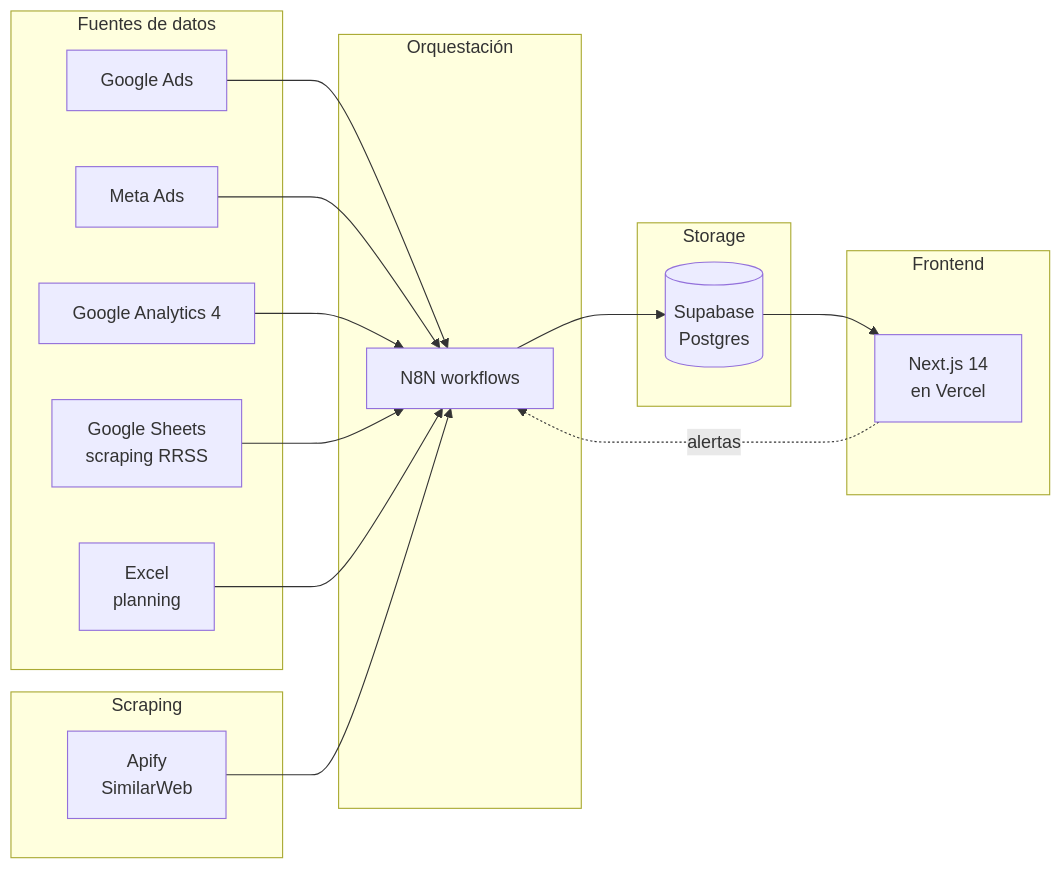
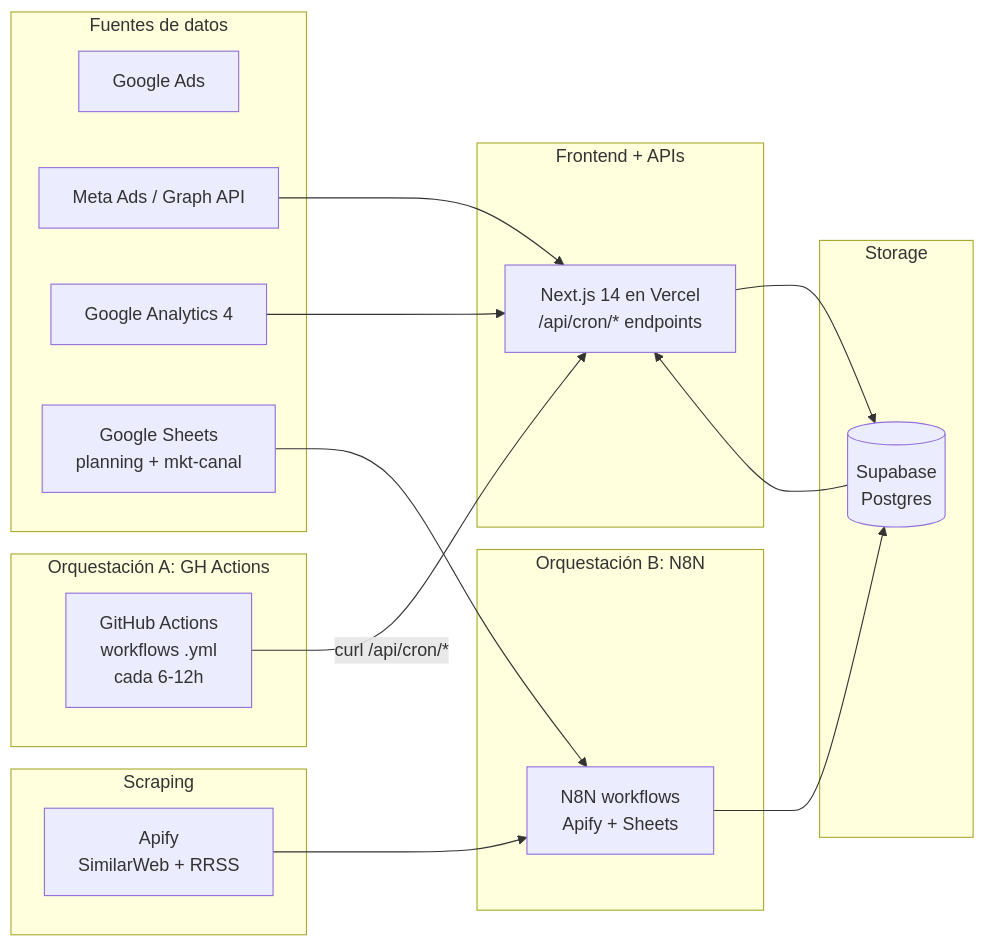
One commit to dsabena-byte/Dashboard-Mkt changed the diagram in README.md. Above: the diagram before and after it, drawn with Mermaid. The commit also changed other lines of this file and 7 other files, not shown here.

First line of the commit message:
chore(crons): migrar todos los crons de Vercel a GitHub Actions

````diff
--- a/README.md
+++ b/README.md
@@ -15,36 +15,40 @@
 ```mermaid
 flowchart LR
   subgraph Sources["Fuentes de datos"]
     GA[Google Ads]
-    META[Meta Ads]
+    META[Meta Ads / Graph API]
     GA4[Google Analytics 4]
-    SHEETS[Google Sheets<br/>scraping RRSS]
-    PLAN[Excel<br/>planning]
+    SHEETS[Google Sheets<br/>planning + mkt-canal]
   end
 
   subgraph Scrape["Scraping"]
-    APIFY[Apify<br/>SimilarWeb]
+    APIFY[Apify<br/>SimilarWeb + RRSS]
   end
 
-  subgraph Orchestration["Orquestación"]
-    N8N[N8N workflows]
+  subgraph OrchA["Orquestación A: GH Actions"]
+    GHA[GitHub Actions<br/>workflows .yml<br/>cada 6-12h]
+  end
+
+  subgraph OrchB["Orquestación B: N8N"]
+    N8N[N8N workflows<br/>Apify + Sheets]
+  end
+
+  subgraph App["Frontend + APIs"]
+    NEXT[Next.js 14 en Vercel<br/>/api/cron/* endpoints]
   end
 
   subgraph Storage["Storage"]
     SUPA[(Supabase<br/>Postgres)]
   end
 
-  subgraph Frontend["Frontend"]
-    NEXT[Next.js 14<br/>en Vercel]
-  end
+  META --> NEXT
+  GA4 --> NEXT
+  GHA -->|curl /api/cron/*| NEXT
+  NEXT --> SUPA
 
-  GA --> N8N
-  META --> N8N
-  GA4 --> N8N
+  APIFY --> N8N
   SHEETS --> N8N
-  PLAN --> N8N
-  APIFY --> N8N
   N8N --> SUPA
+
   SUPA --> NEXT
-  NEXT -.->|alertas| N8N
 ```
````
